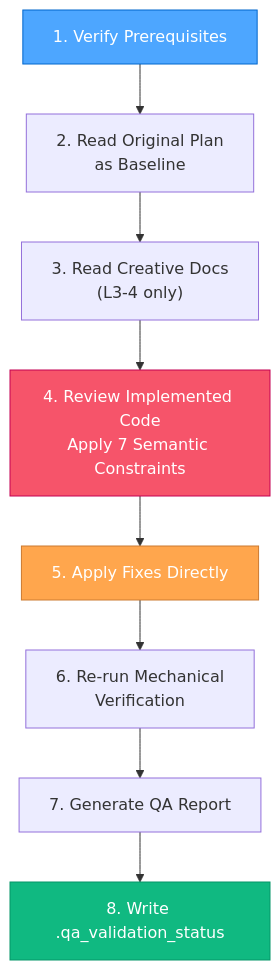
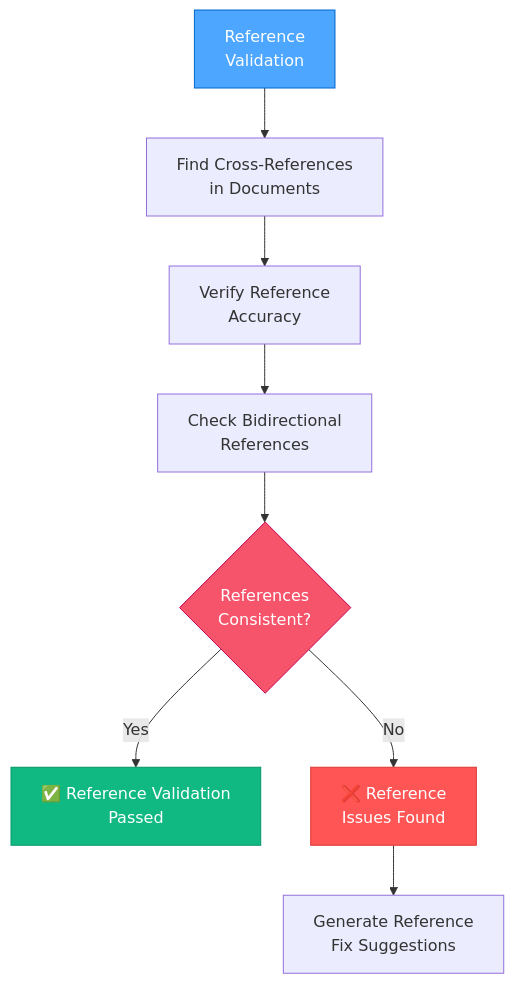
Before and after one commit to Texarkanine/.cursor-rules: the fifth of 10 diagrams in rulesets/niko/niko/visual-maps/qa-mode-map.mdc, drawn with Mermaid. The commit also changed other lines of this file and 20 other files, not shown here.

````diff
--- a/rulesets/niko/niko/visual-maps/qa-mode-map.mdc
+++ b/rulesets/niko/niko/visual-maps/qa-mode-map.mdc
@@ -75,15 +138,17 @@
 ```mermaid
 graph TD
-    Step1["1. Verify Prerequisites"] --> Step2["2. Read Original Plan<br>as Baseline"]
-    Step2 --> Step3["3. Read Creative Docs<br>(L3-4 only)"]
-    Step3 --> Step4["4. Review Implemented Code<br>Apply 7 Semantic Constraints"]
-    Step4 --> Step5["5. Apply Fixes Directly"]
-    Step5 --> Step6["6. Re-run Mechanical<br>Verification"]
-    Step6 --> Step7["7. Generate QA Report"]
-    Step7 --> Step8["8. Write .qa_validation_status"]
-
-    style Step1 fill:#4da6ff,stroke:#0066cc,color:white
-    style Step4 fill:#f6546a,stroke:#c30052,color:white
-    style Step5 fill:#ffa64d,stroke:#cc7a30,color:white
-    style Step8 fill:#10b981,stroke:#059669,color:white
+    RV["Reference<br>Validation"] --> FindRefs["Find Cross-References<br>in Documents"]
+    FindRefs --> VerifyRefs["Verify Reference<br>Accuracy"]
+    VerifyRefs --> CheckBackRefs["Check Bidirectional<br>References"]
+    
+    CheckBackRefs --> RefConsistency{"References<br>Consistent?"}
+    RefConsistency -->|"Yes"| PassRefs["✅ Reference Validation<br>Passed"]
+    RefConsistency -->|"No"| FailRefs["❌ Reference<br>Issues Found"]
+    
+    FailRefs --> RefFixSuggestions["Generate Reference<br>Fix Suggestions"]
+    
+    style RV fill:#4da6ff,stroke:#0066cc,color:white
+    style RefConsistency fill:#f6546a,stroke:#c30052,color:white
+    style PassRefs fill:#10b981,stroke:#059669,color:white
+    style FailRefs fill:#ff5555,stroke:#dd3333,color:white
 ```
````
